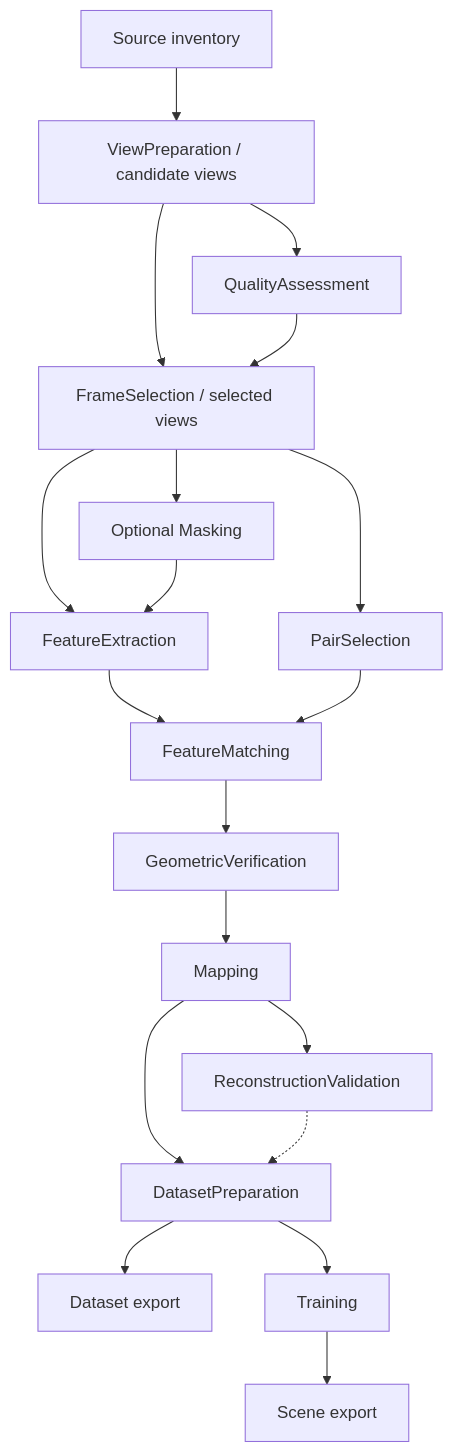
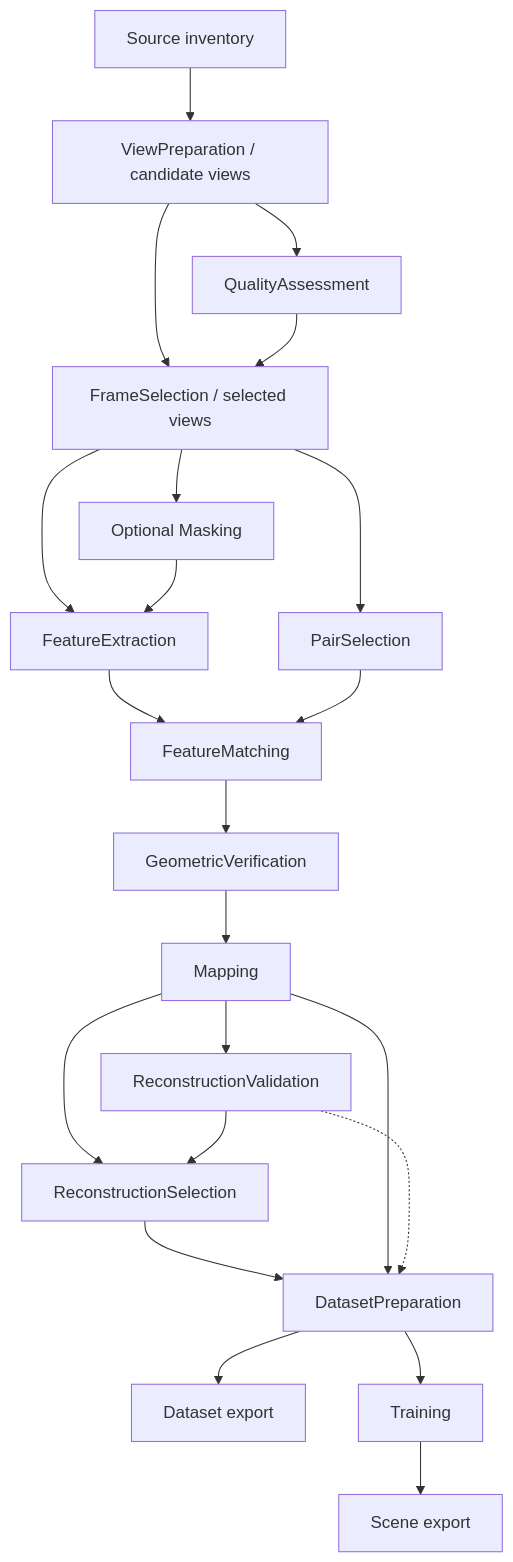
Before and after one commit to BadBoy185/SplatForge: the diagram in ARCHITECTURE.md, drawn with Mermaid. The commit also changed other lines of this file and 9 other files, not shown here.

Commit message:
Refine SplatForge architecture after adversarial review

````diff
--- a/ARCHITECTURE.md
+++ b/ARCHITECTURE.md
@@ -70,21 +72,24 @@
 ```mermaid
 flowchart TD
     sources[Source inventory] --> views[ViewPreparation / candidate views]
     views --> quality[QualityAssessment]
     views --> selection[FrameSelection / selected views]
     quality --> selection
     selection --> masks[Optional Masking]
     selection --> features[FeatureExtraction]
     masks --> features
     selection --> pairs[PairSelection]
     features --> matching[FeatureMatching]
     pairs --> matching
     matching --> verification[GeometricVerification]
     verification --> mapping[Mapping]
     mapping --> validation[ReconstructionValidation]
-    mapping --> dataset[DatasetPreparation]
+    mapping --> component_selection[ReconstructionSelection]
+    validation --> component_selection
+    component_selection --> dataset[DatasetPreparation]
+    mapping --> dataset
     validation -.-> dataset
     dataset --> dataset_export[Dataset export]
     dataset --> training[Training]
     training --> scene_export[Scene export]
 ```
````
